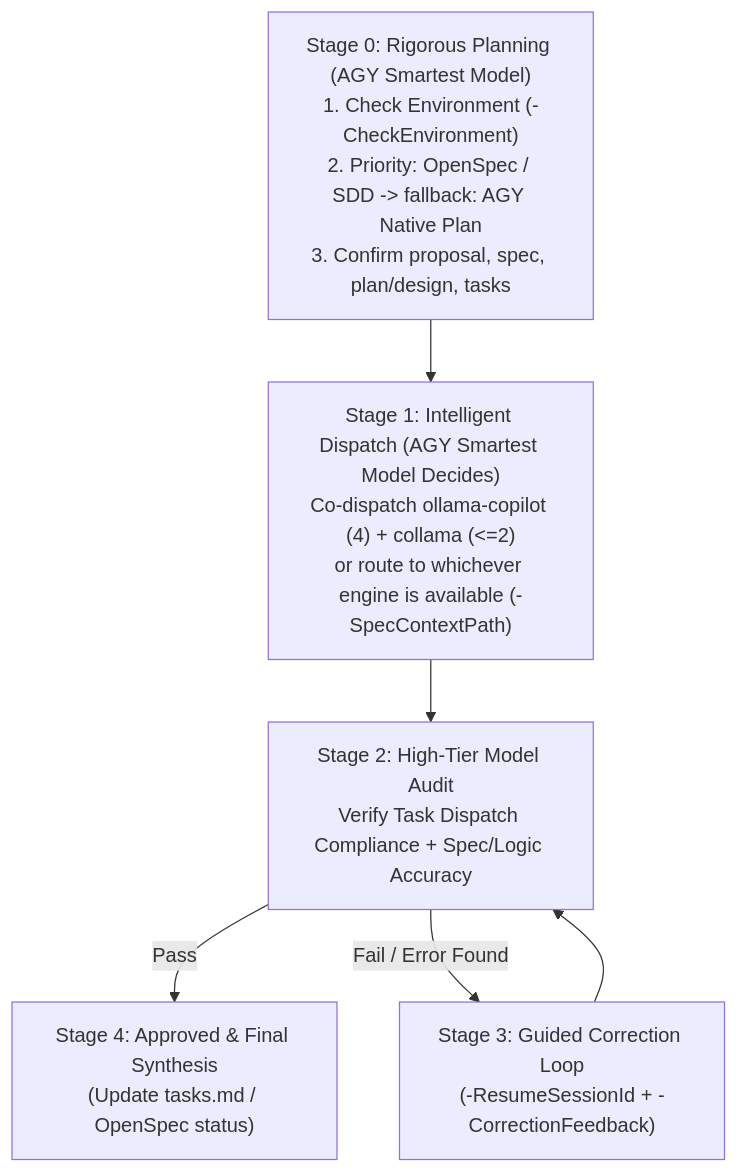
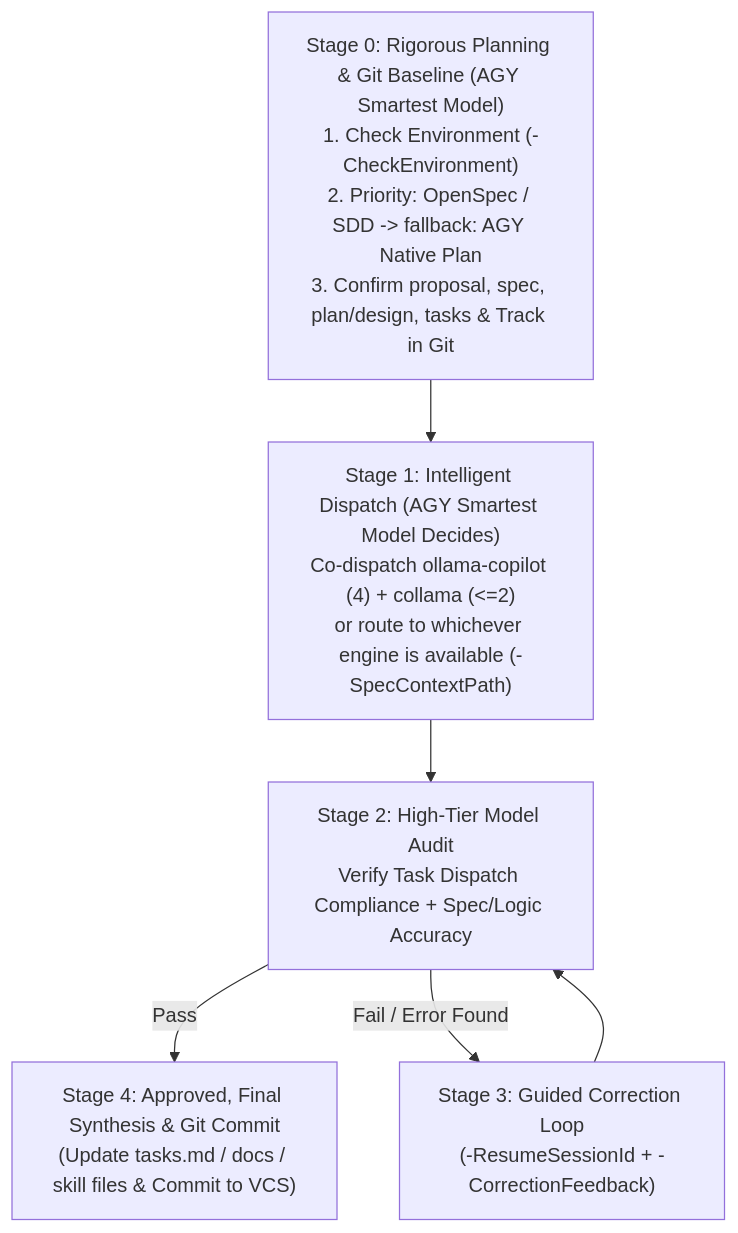
Before and after one commit to d1658999/call_subagent_skill: the diagram in .agents/skills/copilot-subagent-orchestrator/SKILL.md, drawn with Mermaid. The commit also changed other lines of this file and 3 other files, not shown here.

First line of the commit message:
chore(skill): enforce Git version control for SDD docs and skill packages

````diff
--- a/.agents/skills/copilot-subagent-orchestrator/SKILL.md
+++ b/.agents/skills/copilot-subagent-orchestrator/SKILL.md
@@ -36,9 +36,9 @@
 ```mermaid
 flowchart TD
-    S0["Stage 0: Rigorous Planning (AGY Smartest Model)<br/>1. Check Environment (-CheckEnvironment)<br/>2. Priority: OpenSpec / SDD -> fallback: AGY Native Plan<br/>3. Confirm proposal, spec, plan/design, tasks"] --> S1
+    S0["Stage 0: Rigorous Planning & Git Baseline (AGY Smartest Model)<br/>1. Check Environment (-CheckEnvironment)<br/>2. Priority: OpenSpec / SDD -> fallback: AGY Native Plan<br/>3. Confirm proposal, spec, plan/design, tasks & Track in Git"] --> S1
     S1["Stage 1: Intelligent Dispatch (AGY Smartest Model Decides)<br/>Co-dispatch ollama-copilot (4) + collama (<=2)<br/>or route to whichever engine is available (-SpecContextPath)"] --> S2
     S2["Stage 2: High-Tier Model Audit<br/>Verify Task Dispatch Compliance + Spec/Logic Accuracy"]
-    S2 -->|Pass| S4["Stage 4: Approved & Final Synthesis<br/>(Update tasks.md / OpenSpec status)"]
+    S2 -->|Pass| S4["Stage 4: Approved, Final Synthesis & Git Commit<br/>(Update tasks.md / docs / skill files & Commit to VCS)"]
     S2 -->|Fail / Error Found| S3["Stage 3: Guided Correction Loop<br/>(-ResumeSessionId + -CorrectionFeedback)"]
     S3 --> S2
 ```
````
